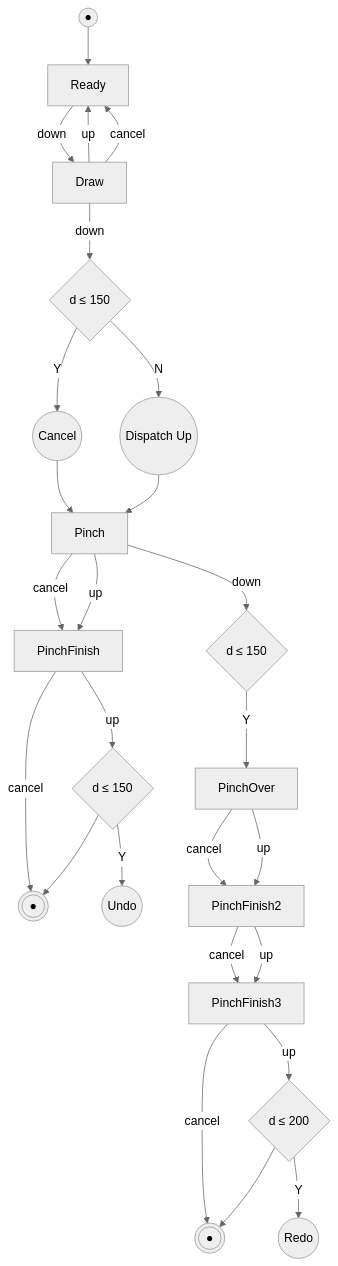
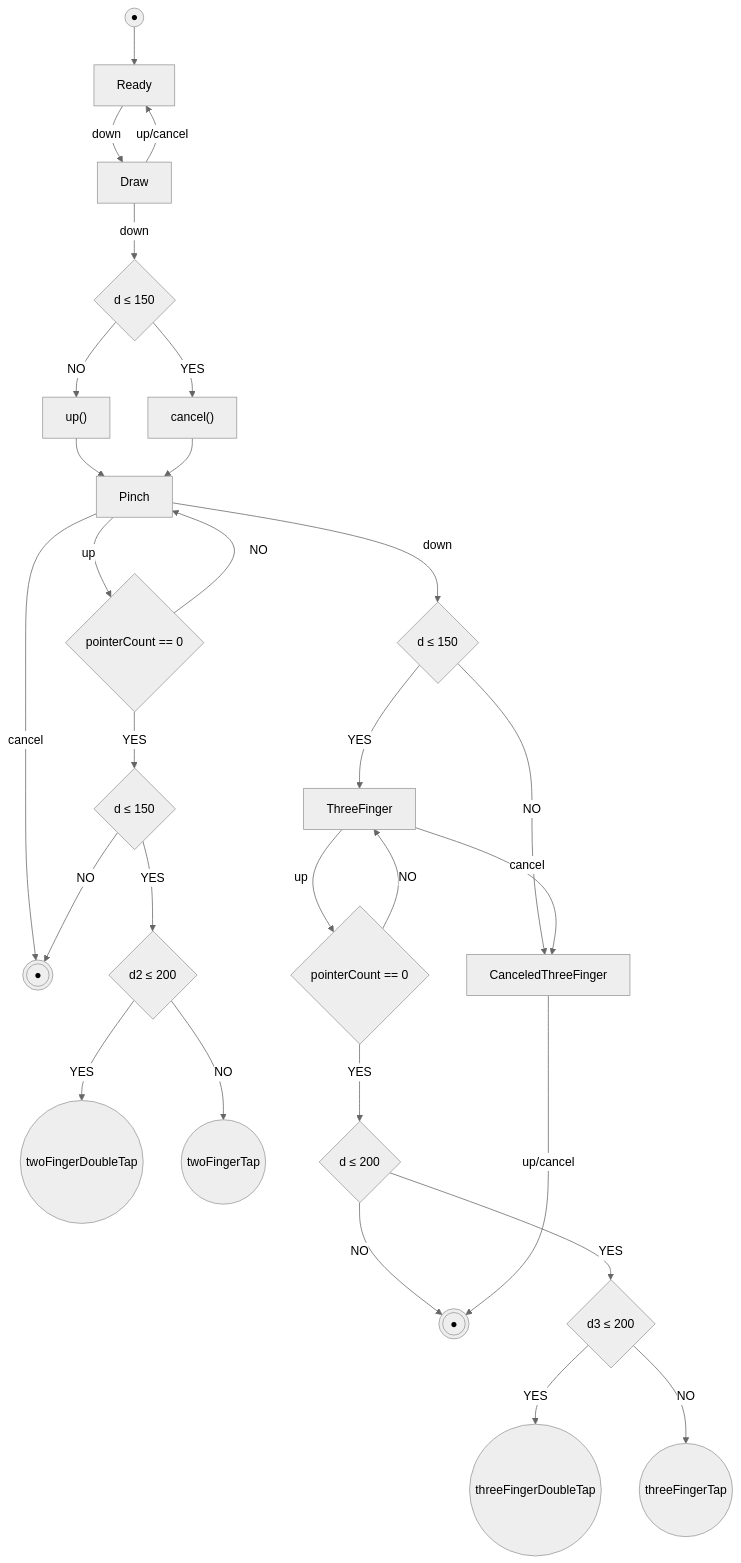
Before and after one commit to oyc0401/graphic: the diagram in src/app/events/gesture/gesture-state-machine.mmd, drawn with Mermaid (neutral theme). The commit also changed 2 other files, not shown here.

```diff
--- a/src/app/events/gesture/gesture-state-machine.mmd
+++ b/src/app/events/gesture/gesture-state-machine.mmd
@@ -1,36 +1,46 @@
+
 flowchart TD
-    %% 사각형 = 상태
-    %% 육각형 이벤트 = 화살표 라벨로 표현
-    %% 마름모 = 분기
 
     Start((●)) --> Ready[Ready]
 
     Ready -- down --> Draw[Draw]
-    Draw -- up --> Ready
-    Draw -- cancel --> Ready
+
+    Draw -- up/cancel --> Ready
     Draw -- down --> CheckDraw{"d ≤ 150"}
 
-   
+    CheckDraw -- YES --> DispatchCancel["cancel()"]
+    CheckDraw -- NO --> DispatchUp["up()"]
 
-    CheckDraw -- Y --> Cancel((Cancel))
-    Cancel --> Pinch[Pinch]
-    CheckDraw -- N --> EndDraw((Dispatch Up))
-    EndDraw --> Pinch
+    DispatchUp --> Pinch[Pinch]
+    DispatchCancel --> Pinch
 
-    Pinch -- cancel --> PinchFinish
-    Pinch -- up --> PinchFinish[PinchFinish]
-    PinchFinish -- cancel --> EndUndo
-    PinchFinish -- up --> CheckUndo{"d ≤ 150"}
-    CheckUndo -- Y --> Undo((Undo))
-    CheckUndo --> EndUndo(((●)))
+    Pinch -- cancel --> EndUndo(((●)))
 
-    Pinch -- down --> CheckPinchOver{"d ≤ 150"}
-    CheckPinchOver -- Y --> PinchOver[PinchOver]
-    PinchOver -- cancel --> PinchFinish2
-    PinchOver -- up --> PinchFinish2[PinchFinish2]
-    PinchFinish2 -- cancel --> PinchFinish3
-    PinchFinish2 -- up --> PinchFinish3[PinchFinish3]
-    PinchFinish3 -- cancel --> EndRedo
-    PinchFinish3 -- up --> CheckRedo{"d ≤ 200"}
-    CheckRedo -- Y --> Redo((Redo))
-    CheckRedo --> EndRedo(((●)))
+    Pinch -- up --> CheckPointerCount{"pointerCount == 0"}
+    CheckPointerCount -- NO --> Pinch
+    CheckPointerCount -- YES --> CheckUndoTime{"d ≤ 150"}
+
+    CheckUndoTime -- NO --> EndUndo
+    CheckUndoTime -- YES --> CheckTwoFingerDouble{"d2 ≤ 200"}
+
+    CheckTwoFingerDouble -- YES --> TwoFingerDoubleTap((twoFingerDoubleTap))
+    CheckTwoFingerDouble -- NO --> TwoFingerTap((twoFingerTap))
+
+    Pinch -- down --> CheckThreeFinger{"d ≤ 150"}
+
+    CheckThreeFinger -- YES --> ThreeFinger[ThreeFinger]
+    CheckThreeFinger -- NO --> CanceledThreeFinger[CanceledThreeFinger]
+
+    ThreeFinger -- cancel --> CanceledThreeFinger
+
+    ThreeFinger -- up --> CheckThreePointerCount{"pointerCount == 0"}
+    CheckThreePointerCount -- NO --> ThreeFinger
+    CheckThreePointerCount -- YES --> CheckRedoTime{"d ≤ 200"}
+
+    CheckRedoTime -- NO --> EndRedo(((●)))
+    CheckRedoTime -- YES --> CheckThreeFingerDouble{"d3 ≤ 200"}
+
+    CheckThreeFingerDouble -- YES --> ThreeFingerDoubleTap((threeFingerDoubleTap))
+    CheckThreeFingerDouble -- NO --> ThreeFingerTap((threeFingerTap))
+
+    CanceledThreeFinger -- up/cancel --> EndRedo
```
